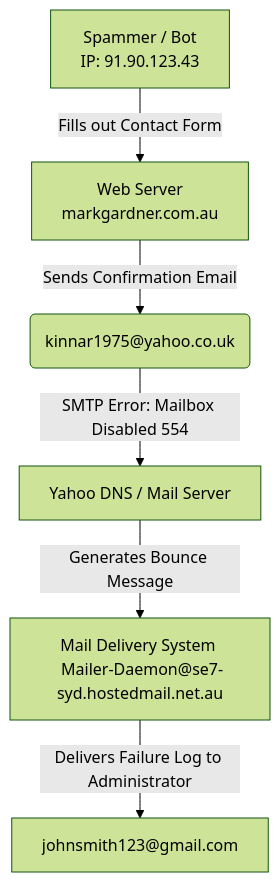
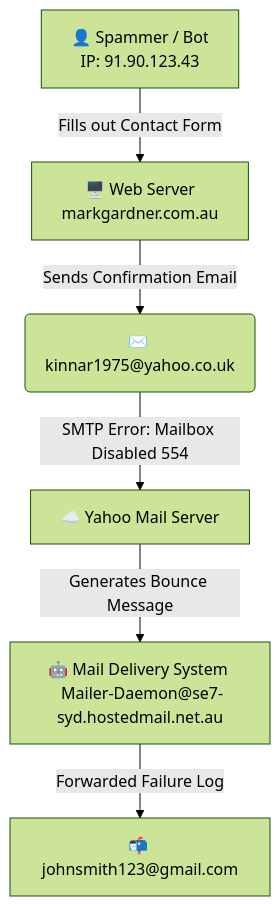
The diagram in README.md (Tr00jan99/BTLO-Phishing-Analysis-Walkthrough), drawn with Mermaid (forest theme) before and after one commit. The commit also changed other lines of this file, not shown here.

````diff
--- a/README.md
+++ b/README.md
@@ -28,8 +43,8 @@
 ```mermaid
 graph TD
-    A["Spammer / Bot <br> IP: 91.90.123.43"] -->|Fills out Contact Form| B["Web Server <br> markgardner.com.au"]
-    B -->|Sends Confirmation Email| C("kinnar1975@yahoo.co.uk")
-    C -->|SMTP Error: Mailbox Disabled 554| D["Yahoo DNS / Mail Server"]
-    D -->|Generates Bounce Message| E["Mail Delivery System <br> Mailer-Daemon@se7-syd.hostedmail.net.au"]
-    E -->|Delivers Failure Log to Administrator| F["johnsmith123@gmail.com"]
+    A["👤 Spammer / Bot <br> IP: 91.90.123.43"] -->|Fills out Contact Form| B["🖥️ Web Server <br> markgardner.com.au"]
+    B -->|Sends Confirmation Email| C("✉️ kinnar1975@yahoo.co.uk")
+    C -->|SMTP Error: Mailbox Disabled 554| D["☁️ Yahoo Mail Server"]
+    D -->|Generates Bounce Message| E["🤖 Mail Delivery System <br> Mailer-Daemon@se7-syd.hostedmail.net.au"]
+    E -->|Forwarded Failure Log| F["📬 johnsmith123@gmail.com"]
 ```
````
